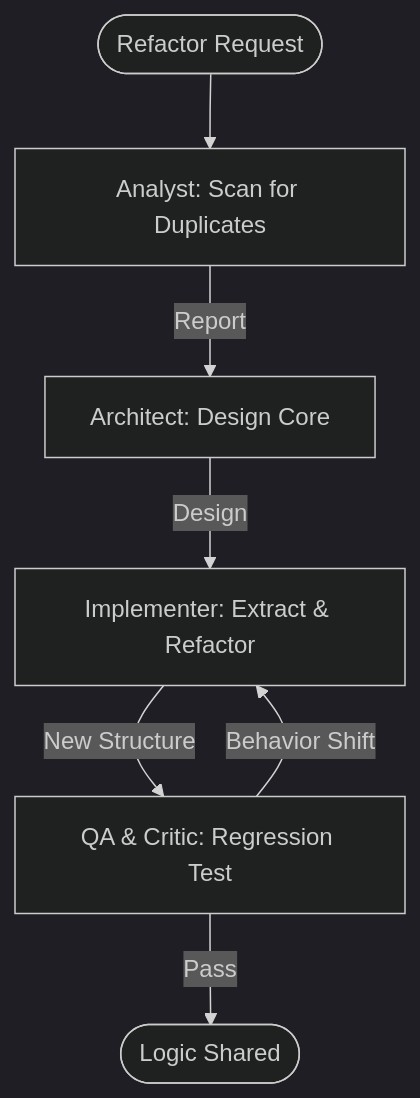
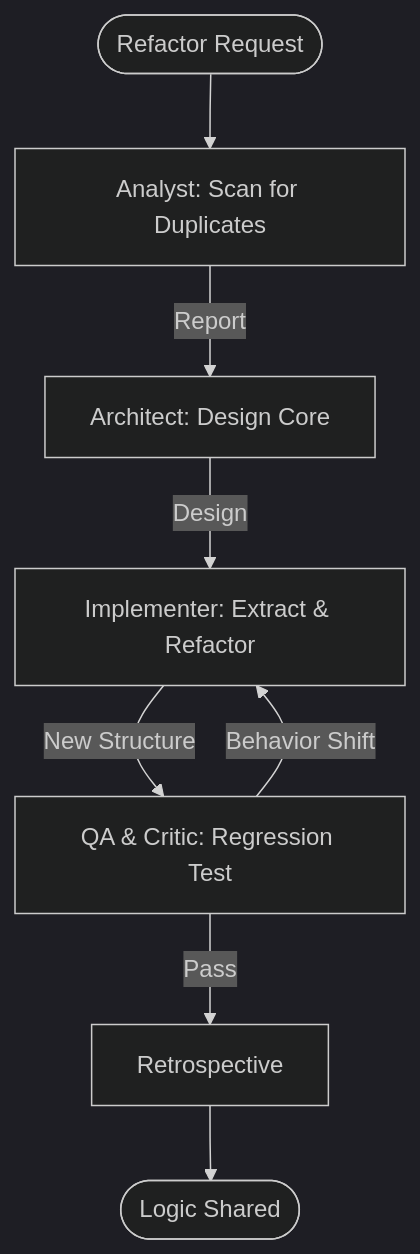
The diagram in custom-agents/workflows/maintenance/LogicExtract.workflow.md (seanspiesman/Agents-and-Workflows), drawn with Mermaid (dark theme) before and after one commit. The commit also changed other lines of this file and 38 other files, not shown here.

````diff
--- a/custom-agents/workflows/maintenance/LogicExtract.workflow.md
+++ b/custom-agents/workflows/maintenance/LogicExtract.workflow.md
@@ -60,9 +68,10 @@
 ```mermaid
 flowchart TD
     Start([Refactor Request]) --> P1[Analyst: Scan for Duplicates]
     P1 -->|Report| P2[Architect: Design Core]
     P2 -->|Design| P3[Implementer: Extract & Refactor]
     P3 -->|New Structure| P4[QA & Critic: Regression Test]
     P4 -->|Behavior Shift| P3
-    P4 -->|Pass| End([Logic Shared])
+    P4 -->|Pass| P5[Retrospective]
+    P5 --> End([Logic Shared])
 ```
````
